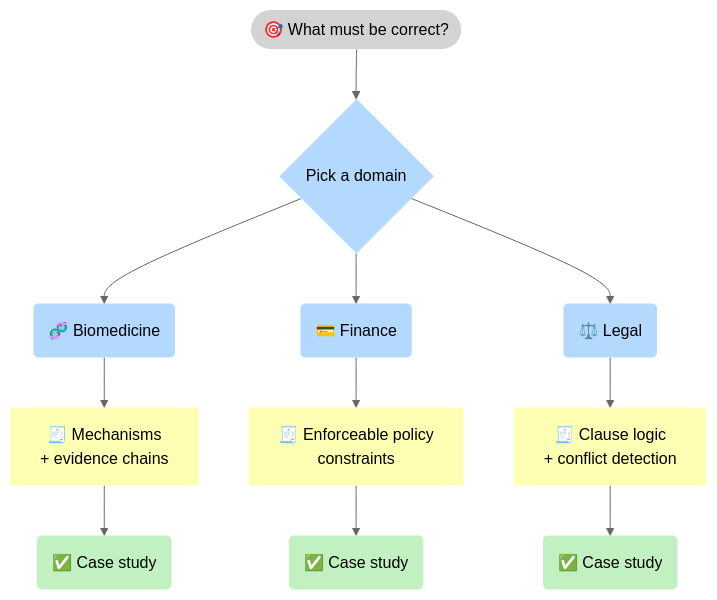
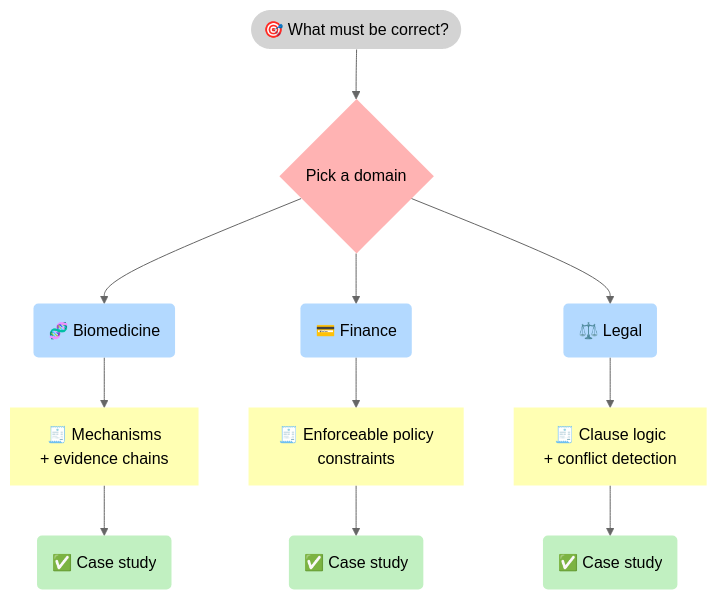
Before and after one commit to 5Reasons/5reasons.github.io: the fourth of 5 diagrams in docs/index.md, drawn with Mermaid (neutral theme). The commit also changed other lines of this file, not shown here.

Commit message:
Refactor Mermaid diagram classes: Update class definitions for clarity and consistency in flowchart elements

````diff
--- a/docs/index.md
+++ b/docs/index.md
@@ -284,37 +284,38 @@
 ```mermaid
 flowchart TB
 %% Styles (brModel Standard)
 classDef i fill:#D3D3D3,stroke-width:0px,color:#000;
 classDef p fill:#B3D9FF,stroke-width:0px,color:#000;
 classDef r fill:#FFFFB3,stroke-width:0px,color:#000;
 classDef o fill:#C1F0C1,stroke-width:0px,color:#000;
+classDef s fill:#FFB3B3,stroke-width:0px,color:#000;
 
 I_Decision(["🎯 What must be correct?"]):::i
-P_Domain{"Pick a domain"}:::p
+P_Domain{"Pick a domain"}:::s
 
 P_Bio("🧬 Biomedicine"):::p
 R_Bio["🧾 Mechanisms <br>+ evidence chains"]:::r
 O_Bio("✅ Case study"):::o
 
 P_Fin("💳 Finance"):::p
 R_Fin["🧾 Enforceable policy <br>constraints"]:::r
 O_Fin("✅ Case study"):::o
 
 P_Legal("⚖️ Legal"):::p
 R_Legal["🧾 Clause logic <br>+ conflict detection"]:::r
 O_Legal("✅ Case study"):::o
 
 I_Decision --> P_Domain
 P_Domain --> P_Bio --> R_Bio --> O_Bio
 P_Domain --> P_Fin --> R_Fin --> O_Fin
 P_Domain --> P_Legal --> R_Legal --> O_Legal
 
 
 
 click P_Bio "/case-studies/biomedicine/" "Biomedicine"
 click O_Bio "/case-studies/biomedicine/" "Biomedicine"
 click P_Fin "/case-studies/finance/" "Finance"
 click O_Fin "/case-studies/finance/" "Finance"
 click P_Legal "/case-studies/legal/" "Legal"
 click O_Legal "/case-studies/legal/" "Legal"
 ```
````
